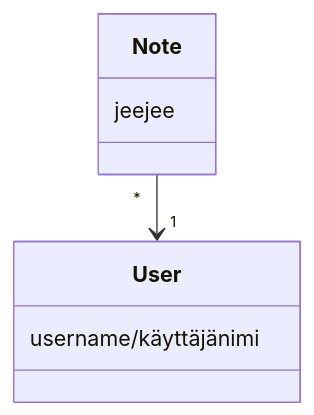
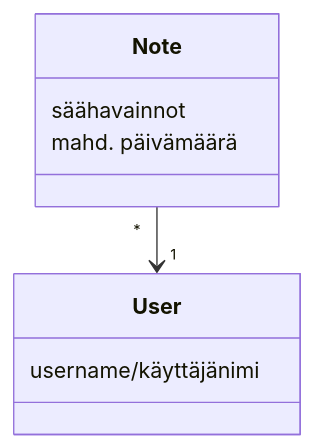
The diagram in dokumentaatio/arkkitehtuuri.md (sansilla/ot-harjoitustyo), drawn with Mermaid before and after one commit. The commit also changed other lines of this file, not shown here.

Commit message:
toimiiko2

````diff
--- a/dokumentaatio/arkkitehtuuri.md
+++ b/dokumentaatio/arkkitehtuuri.md
@@ -2,11 +3,12 @@
 ```mermaid
  classDiagram
       Note "*" --> "1" User
      
       class Note{
-          jeejee
+          säähavainnot
+          mahd. päivämäärä
       }
       class User{
           username/käyttäjänimi
       }
 ```
````
